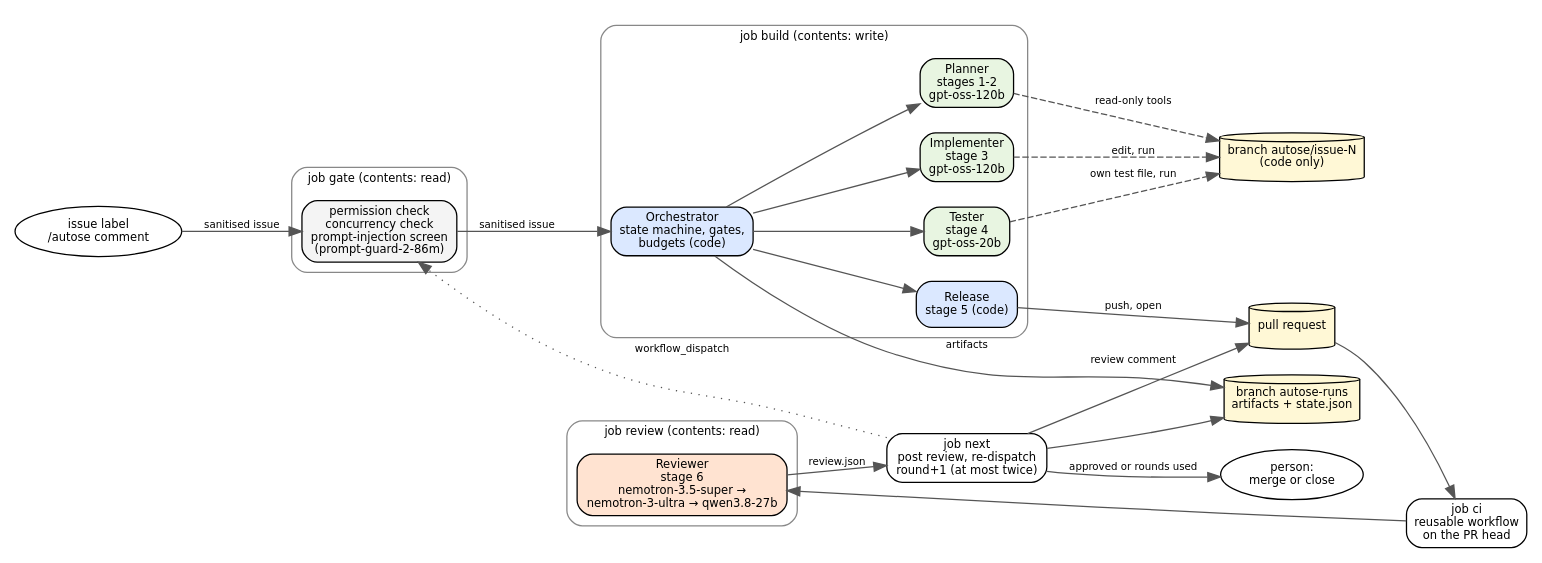
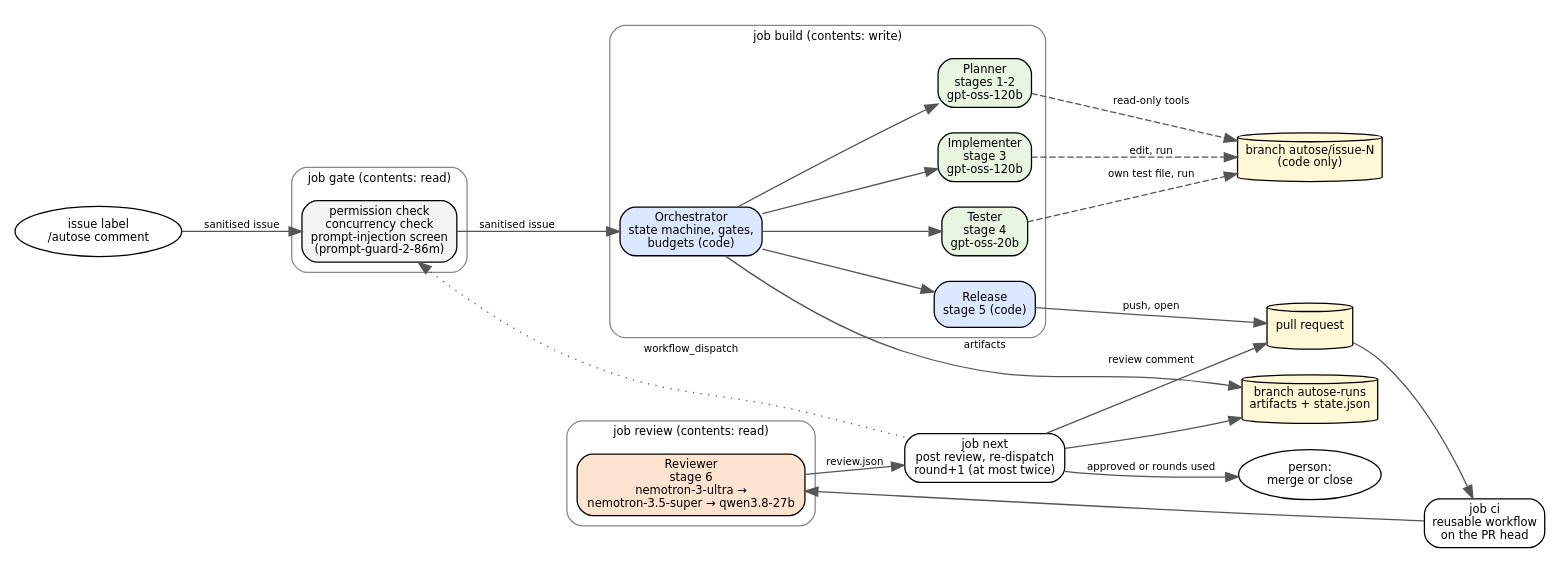
The diagram in report/figs/component.dot (Ekansh0301/tinydb), drawn with Graphviz before and after one commit. The commit also changed 10 other files, not shown here.

Commit message:
Add the demo video and its README section; notes for the demo runs; refreshed run list, token totals and report; component diagram shows the current reviewer order

```diff
--- a/report/figs/component.dot
+++ b/report/figs/component.dot
@@ -1,43 +1,43 @@
 digraph G {
   rankdir=LR; fontname="DejaVu Sans"; fontsize=10; nodesep=0.28; ranksep=0.45;
   node [shape=box, style="rounded,filled", fillcolor="#f4f4f4", fontname="DejaVu Sans", fontsize=9, margin="0.08,0.05"];
   edge [fontname="DejaVu Sans", fontsize=8, color="#555555"];
 
   ev [label="issue label\n/autose comment", shape=oval, fillcolor="#ffffff"];
   human [label="person:\nmerge or close", shape=oval, fillcolor="#ffffff"];
 
   subgraph cluster_gate { label="job gate (contents: read)"; style="rounded"; color="#888888"; fontsize=9;
     gate [label="permission check\nconcurrency check\nprompt-injection screen\n(prompt-guard-2-86m)"]; }
 
   subgraph cluster_build { label="job build (contents: write)"; style="rounded"; color="#888888"; fontsize=9;
     orch [label="Orchestrator\nstate machine, gates,\nbudgets (code)", fillcolor="#dbe8ff"];
     plan [label="Planner\nstages 1-2\ngpt-oss-120b", fillcolor="#e8f5e1"];
     impl [label="Implementer\nstage 3\ngpt-oss-120b", fillcolor="#e8f5e1"];
     test [label="Tester\nstage 4\ngpt-oss-20b", fillcolor="#e8f5e1"];
     rel  [label="Release\nstage 5 (code)", fillcolor="#dbe8ff"];
     orch -> plan; orch -> impl; orch -> test; orch -> rel; }
 
   ci [label="job ci\nreusable workflow\non the PR head", fillcolor="#ffffff"];
 
   subgraph cluster_rev { label="job review (contents: read)"; style="rounded"; color="#888888"; fontsize=9;
-    rev [label="Reviewer\nstage 6\nnemotron-3.5-super →\nnemotron-3-ultra → qwen3.8-27b", fillcolor="#ffe3d1"]; }
+    rev [label="Reviewer\nstage 6\nnemotron-3-ultra →\nnemotron-3.5-super → qwen3.8-27b", fillcolor="#ffe3d1"]; }
 
   nxt [label="job next\npost review, re-dispatch\nround+1 (at most twice)", fillcolor="#ffffff"];
 
   runs [label="branch autose-runs\nartifacts + state.json", shape=cylinder, fillcolor="#fff8d6"];
   code [label="branch autose/issue-N\n(code only)", shape=cylinder, fillcolor="#fff8d6"];
   pr [label="pull request", shape=cylinder, fillcolor="#fff8d6"];
 
   ev -> gate -> orch [label="sanitised issue"];
   plan -> code [label="read-only tools", style=dashed];
   impl -> code [label="edit, run", style=dashed];
   test -> code [label="own test file, run", style=dashed];
   orch -> runs [label="artifacts"];
   rel -> pr [label="push, open"];
   pr -> ci -> rev;
   rev -> nxt [label="review.json"];
   nxt -> pr [label="review comment"];
   nxt -> runs;
   nxt -> gate [label="workflow_dispatch", style=dotted, constraint=false];
   nxt -> human [label="approved or rounds used"];
 }
```
